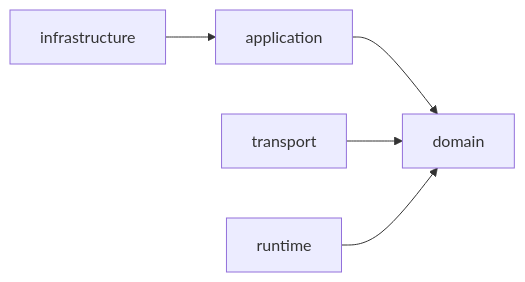
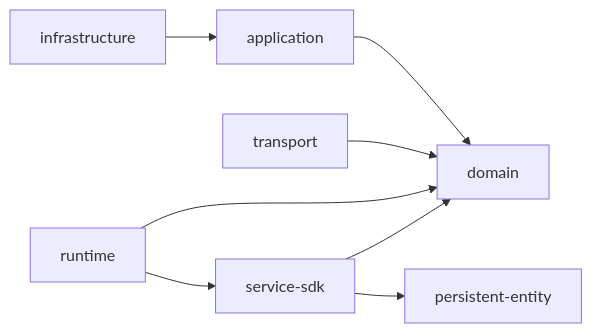
The diagram in docs/architecture.md (pablogore/ego-rs), drawn with Mermaid before and after one commit. The commit also changed other lines of this file and 139 other files, not shown here.

Commit message:
fix: resolve ignored doctests and macro blanket impl in service-sdk-macros

````diff
--- a/docs/architecture.md
+++ b/docs/architecture.md
@@ -19,7 +19,10 @@
 ```mermaid
 flowchart LR
     infrastructure --> application
     application --> domain
     transport --> domain
     runtime --> domain
+    service-sdk --> domain
+    service-sdk --> persistent-entity
+    runtime --> service-sdk
 ```
````
